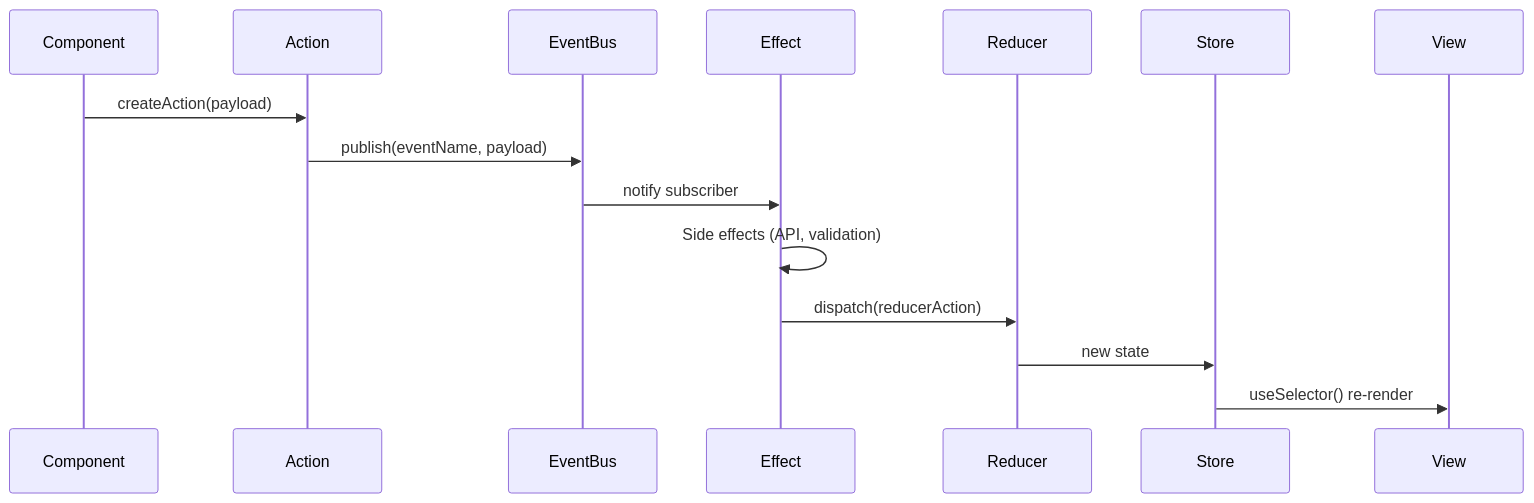
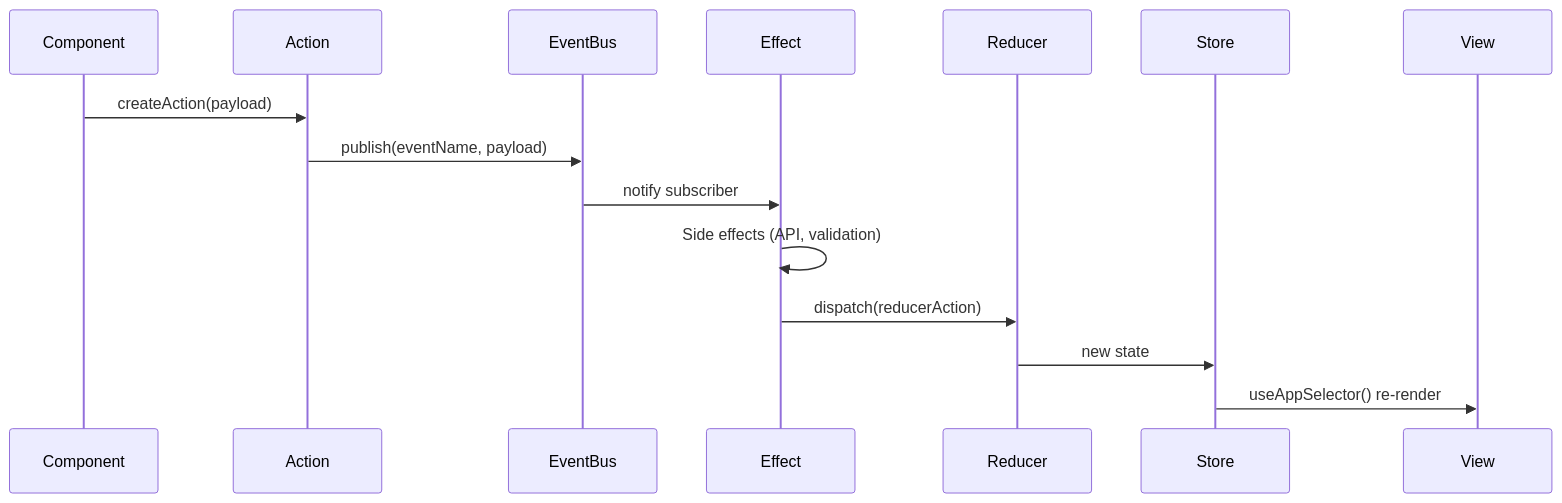
Before and after one commit to GeraBart/HAI3: the second of 5 diagrams in architecture/DESIGN.md, drawn with Mermaid. The commit also changed other lines of this file and 179 other files, not shown here.

````diff
--- a/architecture/DESIGN.md
+++ b/architecture/DESIGN.md
@@ -886,18 +917,18 @@
 ```mermaid
 sequenceDiagram
     participant C as Component
     participant A as Action
     participant EB as EventBus
     participant E as Effect
     participant R as Reducer
     participant S as Store
     participant V as View
 
     C->>A: createAction(payload)
     A->>EB: publish(eventName, payload)
     EB->>E: notify subscriber
     E->>E: Side effects (API, validation)
     E->>R: dispatch(reducerAction)
     R->>S: new state
-    S->>V: useSelector() re-render
+    S->>V: useAppSelector() re-render
 ```
````
